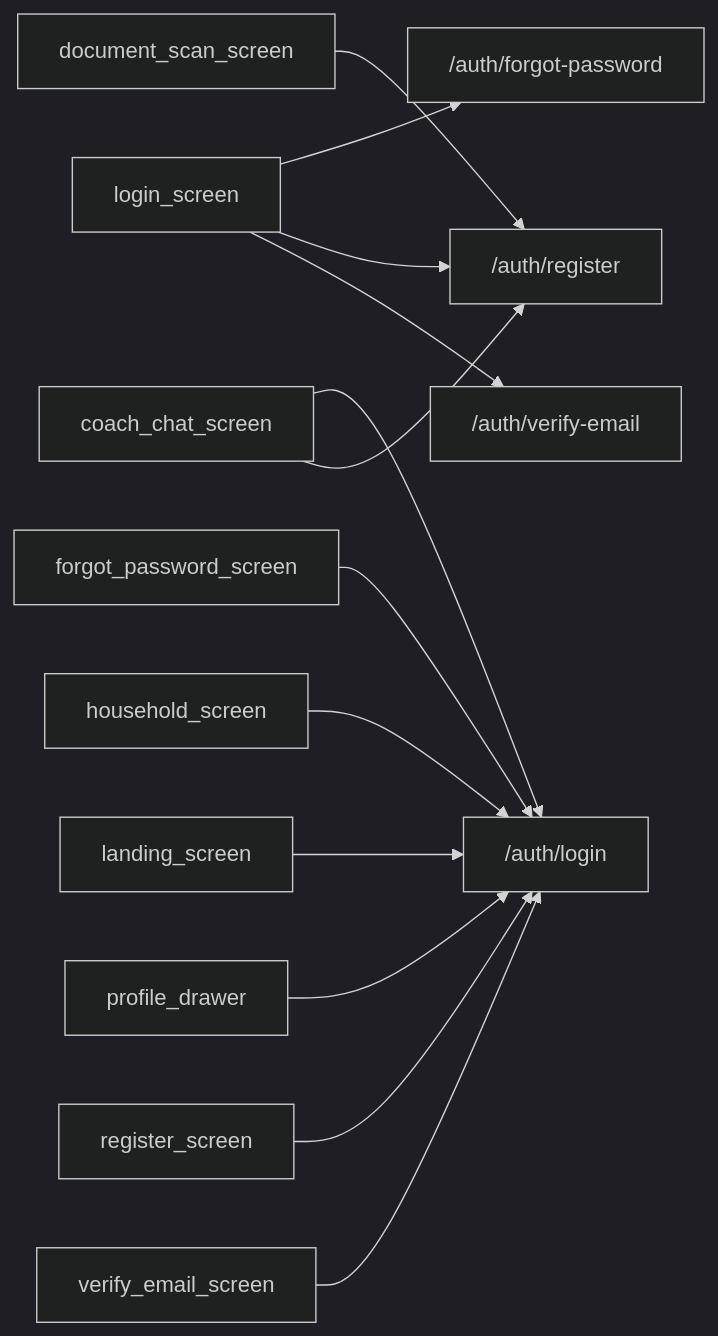
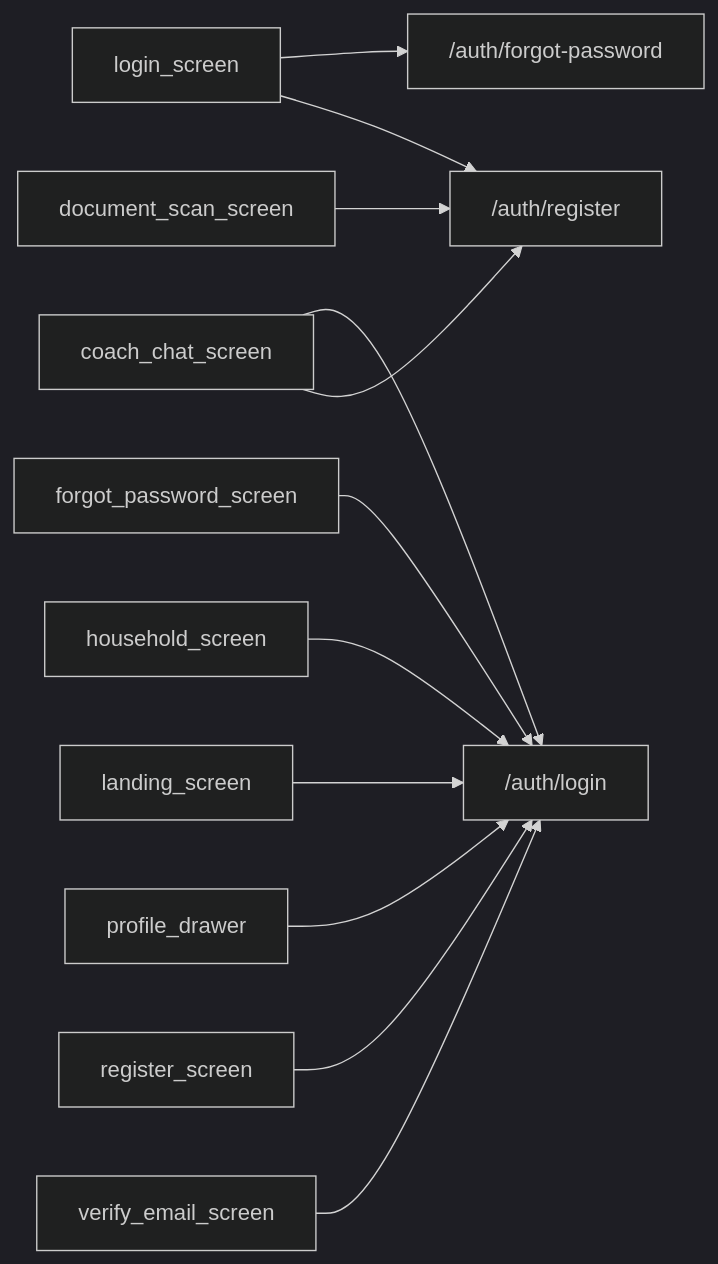
The diagram in .planning/architecture/themes/auth.md (MINT-IA/MINT), drawn with Mermaid (dark theme) before and after one commit. The commit also changed other lines of this file and 15 other files, not shown here.

````diff
--- a/.planning/architecture/themes/auth.md
+++ b/.planning/architecture/themes/auth.md
@@ -36,15 +37,14 @@
 ```mermaid
 graph LR
   login_screen["login_screen"] --> _auth_forgot_password["/auth/forgot-password"]
   coach_chat_screen["coach_chat_screen"] --> _auth_login["/auth/login"]
   forgot_password_screen["forgot_password_screen"] --> _auth_login["/auth/login"]
   household_screen["household_screen"] --> _auth_login["/auth/login"]
   landing_screen["landing_screen"] --> _auth_login["/auth/login"]
   profile_drawer["profile_drawer"] --> _auth_login["/auth/login"]
   register_screen["register_screen"] --> _auth_login["/auth/login"]
   verify_email_screen["verify_email_screen"] --> _auth_login["/auth/login"]
   coach_chat_screen["coach_chat_screen"] --> _auth_register["/auth/register"]
   document_scan_screen["document_scan_screen"] --> _auth_register["/auth/register"]
   login_screen["login_screen"] --> _auth_register["/auth/register"]
-  login_screen["login_screen"] --> _auth_verify_email["/auth/verify-email"]
 ```
````
